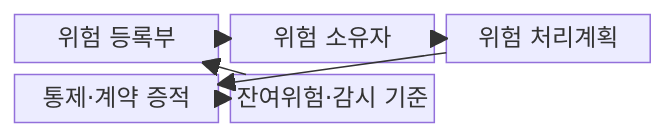
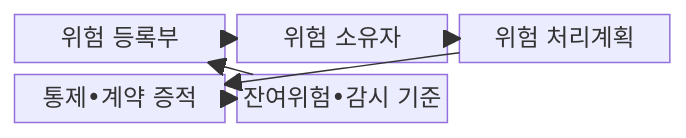
Before and after one commit to agnusdei1207/knowledge-base: the first of 2 diagrams in src/content/docs/notes/05-security/109_risk_treatment.md, drawn with Mermaid. The commit also changed other lines of this file and 953 other files, not shown here.

````diff
--- a/src/content/docs/notes/05-security/109_risk_treatment.md
+++ b/src/content/docs/notes/05-security/109_risk_treatment.md
@@ -63,14 +63,14 @@
 ```mermaid
 block
   columns 3
   R["위험 등록부"]
   O["위험 소유자"]
   P["위험 처리계획"]
-  E["통제·계약 증적"]
-  M["잔여위험·감시 기준"]
+  E["통제•계약 증적"]
+  M["잔여위험•감시 기준"]
   R --> O
   O --> P
   P --> E
   E --> M
   M --> R
 ```
````
